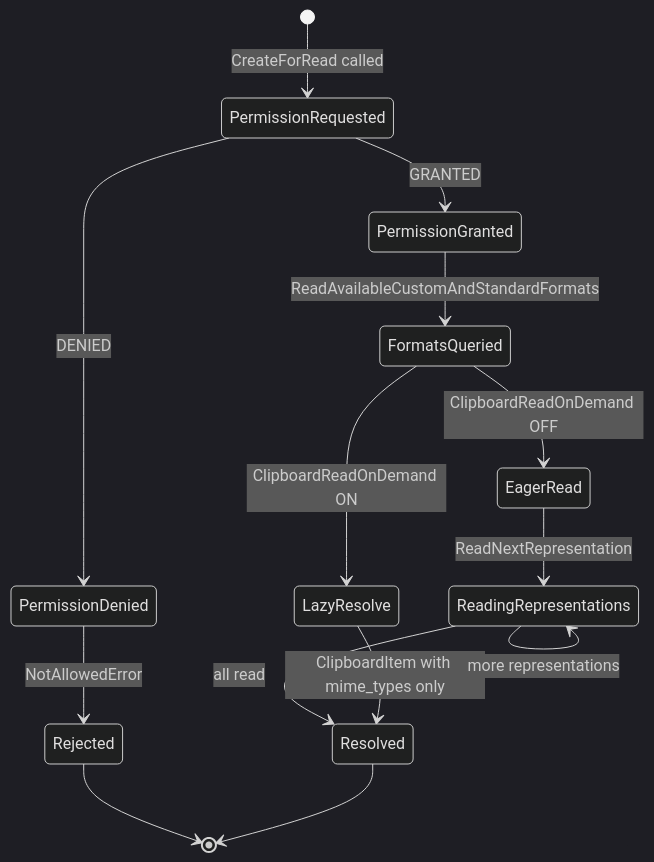
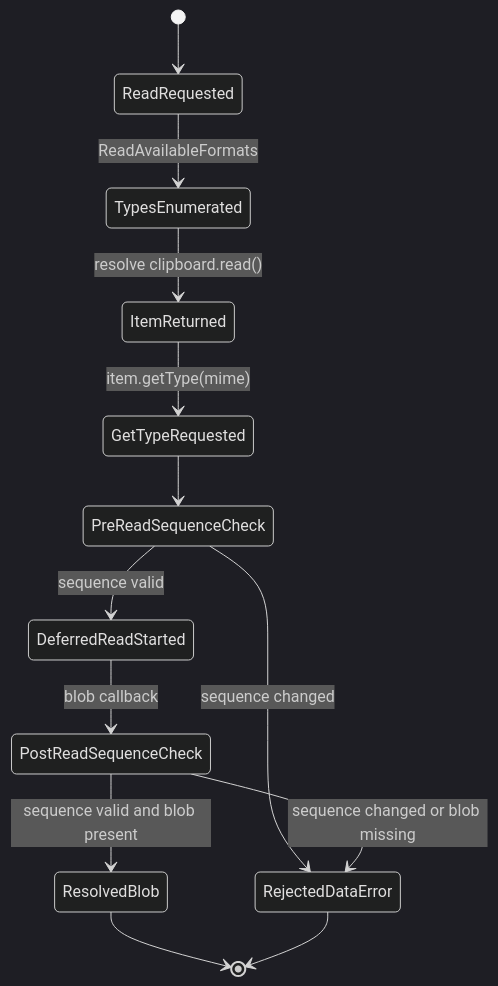
Before and after one commit to roraja/cr-llm-docs: diagram 19 of 19 in fixes/cl-6978530-20260220/lld.md, drawn with Mermaid (dark theme). The commit also changed other lines of this file, not shown here.

````diff
--- a/fixes/cl-6978530-20260220/lld.md
+++ b/fixes/cl-6978530-20260220/lld.md
@@ -387,22 +1256,15 @@
 ```mermaid
 stateDiagram-v2
-    [*] --> PermissionRequested : CreateForRead called
-    PermissionRequested --> PermissionGranted : GRANTED
-    PermissionRequested --> PermissionDenied : DENIED
-    
-    PermissionGranted --> FormatsQueried : ReadAvailableCustomAndStandardFormats
-    
-    FormatsQueried --> LazyResolve : ClipboardReadOnDemand ON
-    FormatsQueried --> EagerRead : ClipboardReadOnDemand OFF
-    
-    LazyResolve --> Resolved : ClipboardItem with mime_types only
-    
-    EagerRead --> ReadingRepresentations : ReadNextRepresentation
-    ReadingRepresentations --> ReadingRepresentations : more representations
-    ReadingRepresentations --> Resolved : all read
-    
-    PermissionDenied --> Rejected : NotAllowedError
-    
-    Resolved --> [*]
-    Rejected --> [*]
+    [*] --> ReadRequested
+    ReadRequested --> TypesEnumerated : ReadAvailableFormats
+    TypesEnumerated --> ItemReturned : resolve clipboard.read()
+    ItemReturned --> GetTypeRequested : item.getType(mime)
+    GetTypeRequested --> PreReadSequenceCheck
+    PreReadSequenceCheck --> RejectedDataError : sequence changed
+    PreReadSequenceCheck --> DeferredReadStarted : sequence valid
+    DeferredReadStarted --> PostReadSequenceCheck : blob callback
+    PostReadSequenceCheck --> ResolvedBlob : sequence valid and blob present
+    PostReadSequenceCheck --> RejectedDataError : sequence changed or blob missing
+    ResolvedBlob --> [*]
+    RejectedDataError --> [*]
 ```
````
